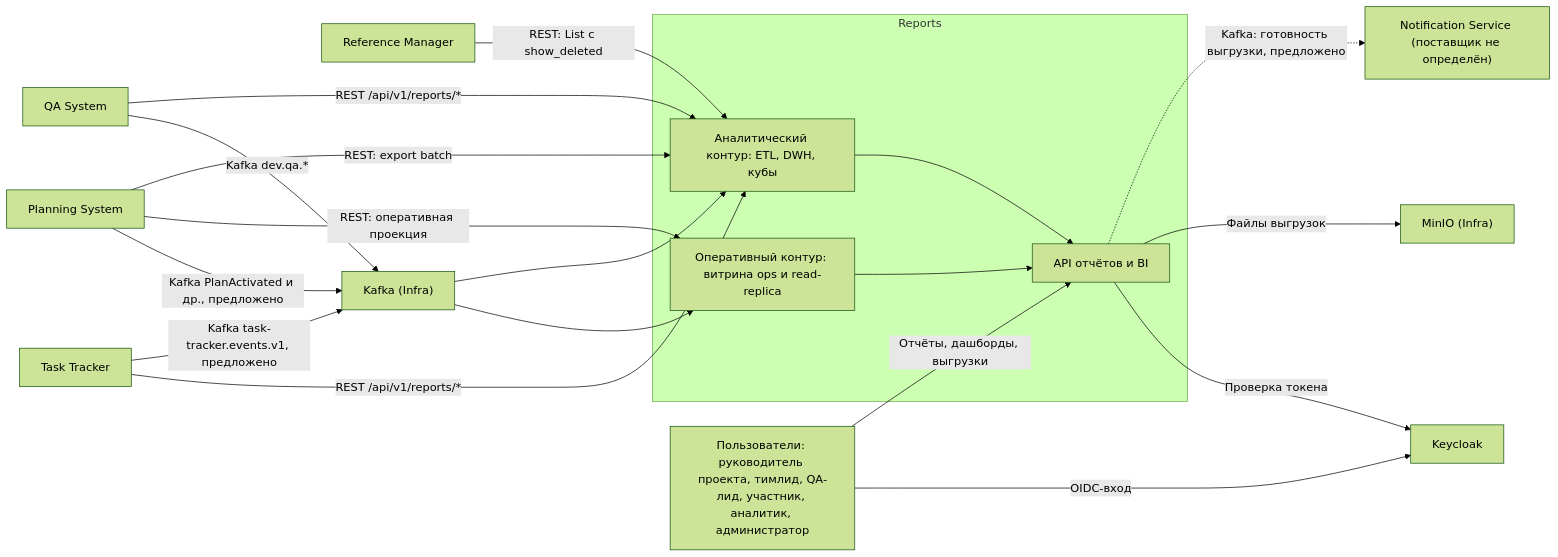
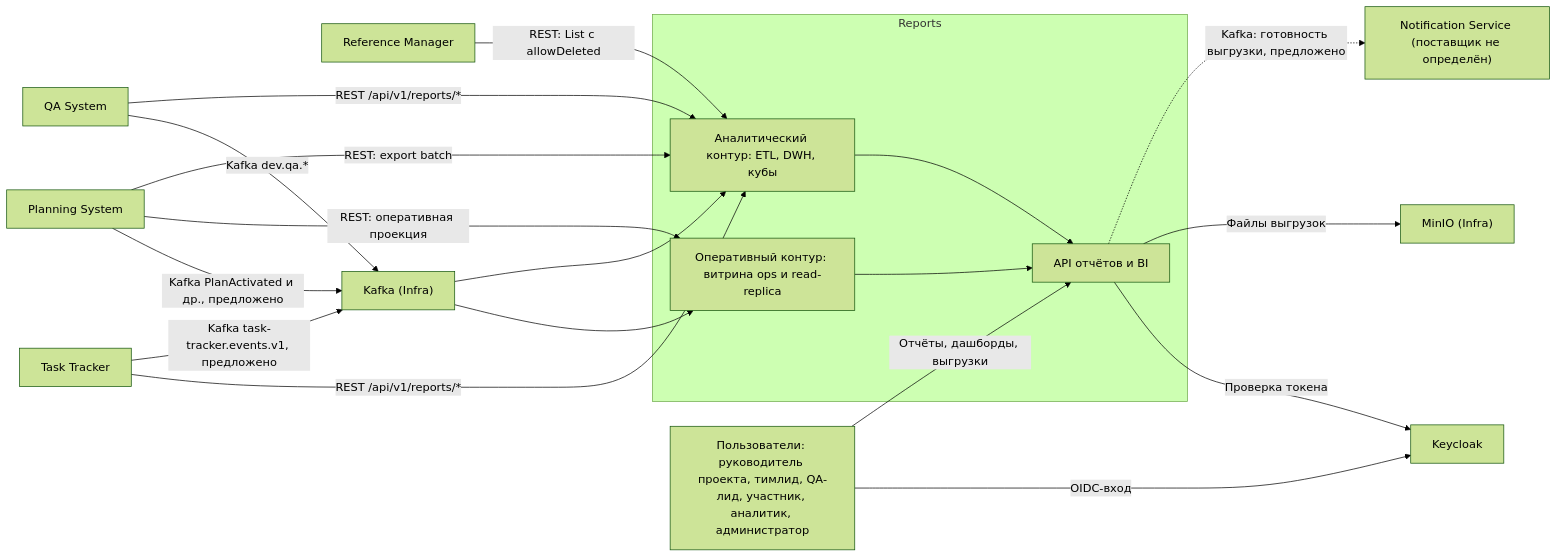
The diagram in reports/docs/020.system-context.md (MEPhI-C22-501/arch-info-system-monorepo), drawn with Mermaid (forest theme) before and after one commit. The commit also changed other lines of this file and 149 other files, not shown here.

````diff
--- a/reports/docs/020.system-context.md
+++ b/reports/docs/020.system-context.md
@@ -45,36 +45,36 @@
 ```mermaid
 flowchart LR
     H["Пользователи: руководитель проекта, тимлид, QA-лид, участник, аналитик, администратор"]
     KC["Keycloak"]
     TT["Task Tracker"]
     PS["Planning System"]
     RM["Reference Manager"]
     QA["QA System"]
     KF["Kafka (Infra)"]
     MN["MinIO (Infra)"]
     NS["Notification Service (поставщик не определён)"]
 
     subgraph REP["Reports"]
         OPS["Оперативный контур: витрина ops и read-replica"]
         ANL["Аналитический контур: ETL, DWH, кубы"]
         API["API отчётов и BI"]
     end
 
     H -->|"OIDC-вход"| KC
     H -->|"Отчёты, дашборды, выгрузки"| API
     API -->|"Проверка токена"| KC
     TT -->|"REST /api/v1/reports/*"| ANL
     TT -->|"Kafka task-tracker.events.v1, предложено"| KF
     QA -->|"Kafka dev.qa.*"| KF
     PS -->|"Kafka PlanActivated и др., предложено"| KF
     KF --> OPS
     KF --> ANL
     QA -->|"REST /api/v1/reports/*"| ANL
     PS -->|"REST: оперативная проекция"| OPS
     PS -->|"REST: export batch"| ANL
-    RM -->|"REST: List с show_deleted"| ANL
+    RM -->|"REST: List с allowDeleted"| ANL
     API -->|"Файлы выгрузок"| MN
     API -.->|"Kafka: готовность выгрузки, предложено"| NS
     OPS --> API
     ANL --> API
 ```
````
